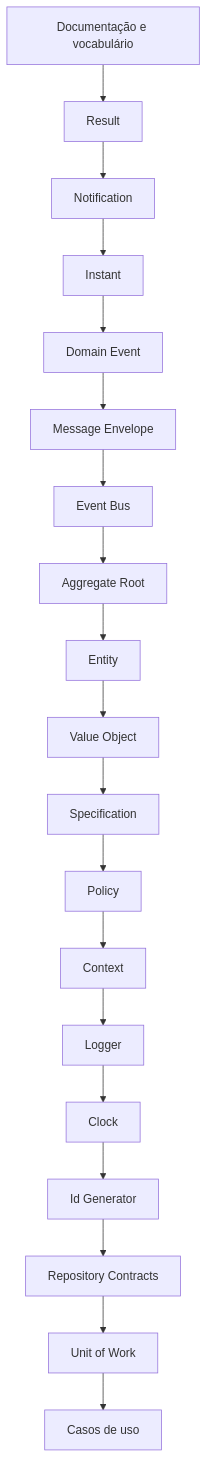
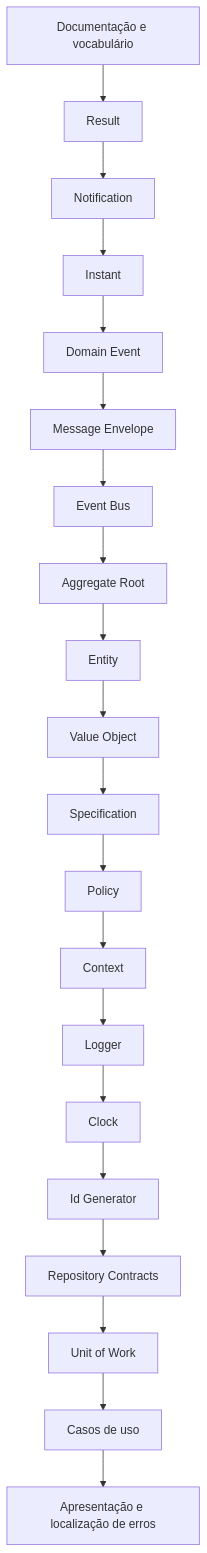
One commit to MauricioGomes02/servir changed the diagram in docs/roadmap.md. Above: the diagram before and after it, drawn with Mermaid. The commit also changed other lines of this file and 12 other files, not shown here.

````diff
--- a/docs/roadmap.md
+++ b/docs/roadmap.md
@@ -23,21 +23,22 @@
 ```mermaid
 flowchart TD
     D[Documentação e vocabulário] --> R[Result]
     R --> N[Notification]
     N --> I[Instant]
     I --> DE[Domain Event]
     DE --> M[Message Envelope]
     M --> EB[Event Bus]
     EB --> AR[Aggregate Root]
     AR --> E[Entity]
     E --> VO[Value Object]
     VO --> S[Specification]
     S --> P[Policy]
     P --> C[Context]
     C --> L[Logger]
     L --> CL[Clock]
     CL --> ID[Id Generator]
     ID --> RC[Repository Contracts]
     RC --> U[Unit of Work]
     U --> UC[Casos de uso]
+    UC --> PL[Apresentação e localização de erros]
 ```
````
